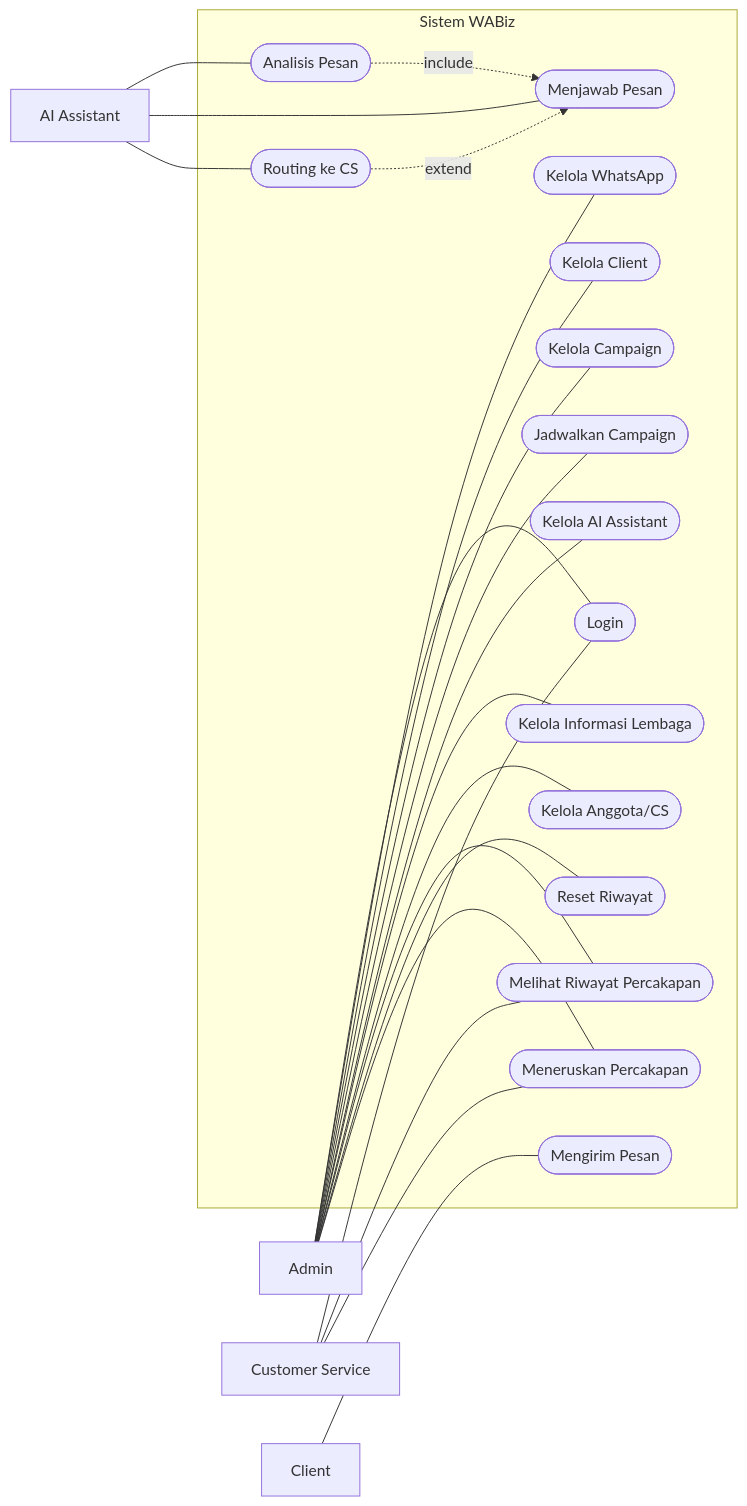
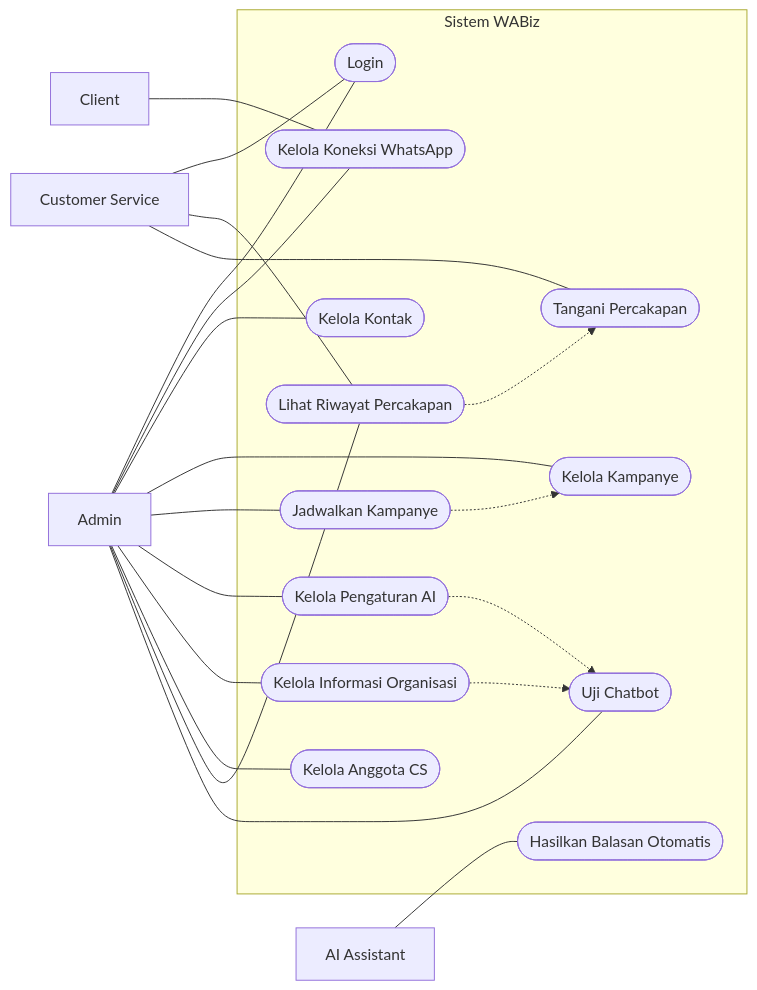
One commit to ifrosimmisbah/WABiz changed the first of 4 diagrams in README.md. Above: the diagram before and after it, drawn with Mermaid. The commit also changed other lines of this file, not shown here.

````diff
--- a/README.md
+++ b/README.md
@@ -31,49 +62,45 @@
 ```mermaid
 flowchart LR
     Admin[Admin]
     CS[Customer Service]
     Client[Client]
     AI[AI Assistant]
 
     subgraph WABiz["Sistem WABiz"]
-        A1([Login])
-        A2([Kelola WhatsApp])
-        A3([Kelola Client])
-        A4([Kelola Campaign])
-        A5([Jadwalkan Campaign])
-        A6([Kelola AI Assistant])
-        A7([Kelola Informasi Lembaga])
-        A8([Kelola Anggota/CS])
-        A9([Melihat Riwayat Percakapan])
-        A10([Reset Riwayat])
-        A11([Meneruskan Percakapan])
-        A12([Mengirim Pesan])
-        A13([Analisis Pesan])
-        A14([Menjawab Pesan])
-        A15([Routing ke CS])
+        Login([Login])
+        WhatsApp([Kelola Koneksi WhatsApp])
+        Contacts([Kelola Kontak])
+        Campaigns([Kelola Kampanye])
+        Schedule([Jadwalkan Kampanye])
+        Settings([Kelola Pengaturan AI])
+        Profile([Kelola Informasi Organisasi])
+        Team([Kelola Anggota CS])
+        Inbox([Lihat Riwayat Percakapan])
+        Reply([Tangani Percakapan])
+        TestAI([Uji Chatbot])
+        AutoReply([Hasilkan Balasan Otomatis])
     end
 
-    Admin --- A1
-    Admin --- A2
-    Admin --- A3
-    Admin --- A4
-    Admin --- A5
-    Admin --- A6
-    Admin --- A7
-    Admin --- A8
-    Admin --- A9
-    Admin --- A10
-    Admin --- A11
+    Admin --- Login
+    Admin --- WhatsApp
+    Admin --- Contacts
+    Admin --- Campaigns
+    Admin --- Schedule
+    Admin --- Settings
+    Admin --- Profile
+    Admin --- Team
+    Admin --- Inbox
+    Admin --- TestAI
 
-    CS --- A1
-    CS --- A9
-    CS --- A11
+    CS --- Login
+    CS --- Inbox
+    CS --- Reply
 
-    Client --- A12
-    AI --- A13
-    AI --- A14
-    AI --- A15
+    Client --- WhatsApp
+    AI --- AutoReply
 
-    A13 -.->|include| A14
-    A15 -.->|extend| A14
+    Schedule -.-> Campaigns
+    Settings -.-> TestAI
+    Profile -.-> TestAI
+    Inbox -.-> Reply
 ```
````
